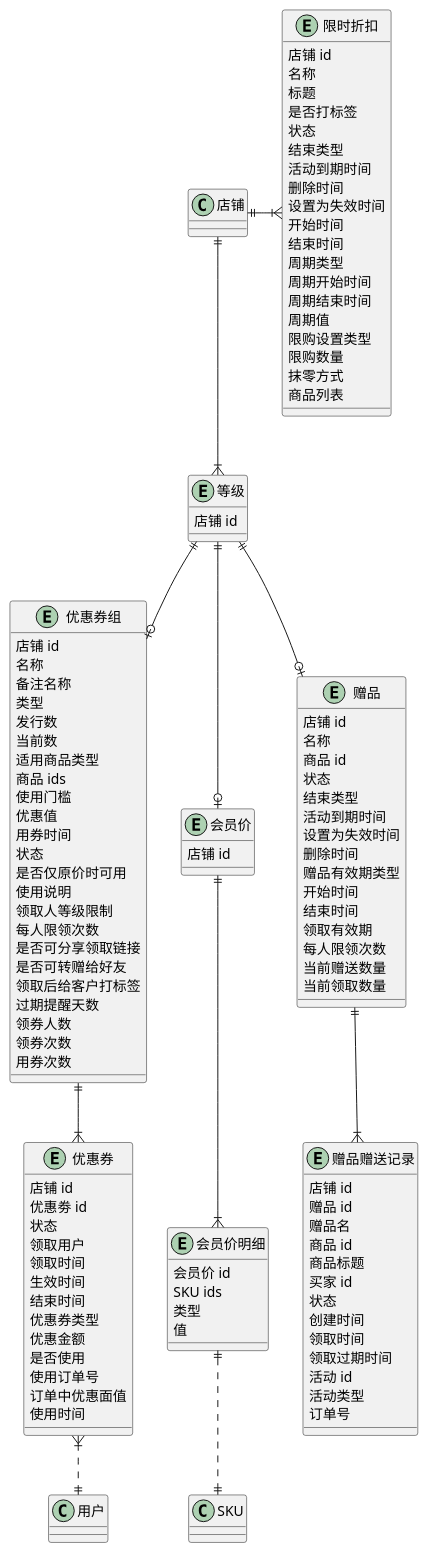
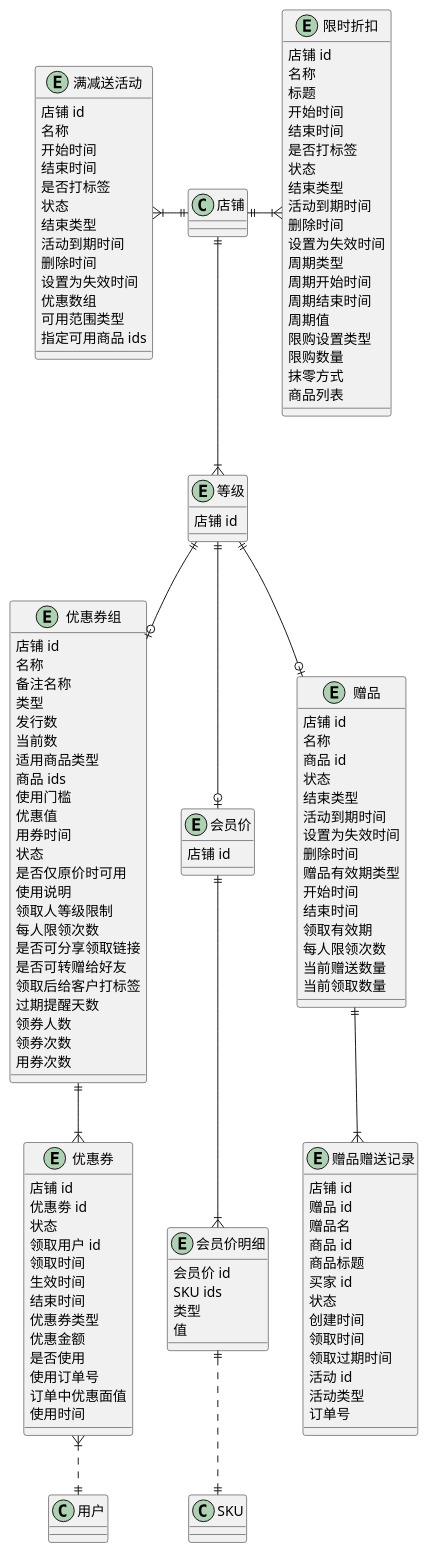
Before and after one commit to awesomecat2020/mock-mall: the diagram in 营销.wsd, drawn with PlantUML.

Commit message:
满减送

```diff
--- a/营销.wsd
+++ b/营销.wsd
@@ -71,7 +71,7 @@
     ' 4-已删除
     ' 5-已使用
     状态
-    领取用户
+    领取用户 id
     领取时间
     ' 根据优惠券组的用券时间生成
     生效时间
@@ -148,6 +148,8 @@
     店铺 id
     名称
     标题
+    开始时间
+    结束时间
     是否打标签
     ' 1-未开始
     ' 2-进行中
@@ -161,8 +163,6 @@
     活动到期时间
     删除时间
     设置为失效时间
-    开始时间
-    结束时间
     周期类型
     周期开始时间
     周期结束时间
@@ -184,10 +184,47 @@
     ' }
     商品列表
 }
+entity 满减送活动 {
+    店铺 id
+    名称
+    开始时间
+    结束时间
+    是否打标签
+    ' 1-未开始
+    ' 2-进行中
+    ' 3-已结束
+    ' 4-已删除
+    状态
+    ' 1-活动到期
+    ' 2-手动删除
+    ' 3-手动失效
+    结束类型
+    活动到期时间
+    删除时间
+    设置为失效时间
+    ' 多级优惠
+    ' [{
+    '   满足金额: '',
+    '   减现金: '',
+    '   折扣: '',
+    '   是否包邮: '',
+    '   积分: '',
+    '   优惠劵分组 id,
+    '   优惠劵数量,
+    '   是否送赠品,
+    '   赠品 id
+    ' }]
+    优惠数组
+    ' 1-部分（ALL）：全部商品可用
+    ' 2-全部（PART）：部分商品可用，或指定商品可用
+    可用范围类型
+    指定可用商品 ids
+}
 
 ' 店铺
 店铺 ||--|{ 等级
 店铺 ||-|{ 限时折扣
+店铺 ||-l-|{ 满减送活动
 ' 等级
 等级 ||--o| 赠品
 等级 ||--o| 优惠券组
```
